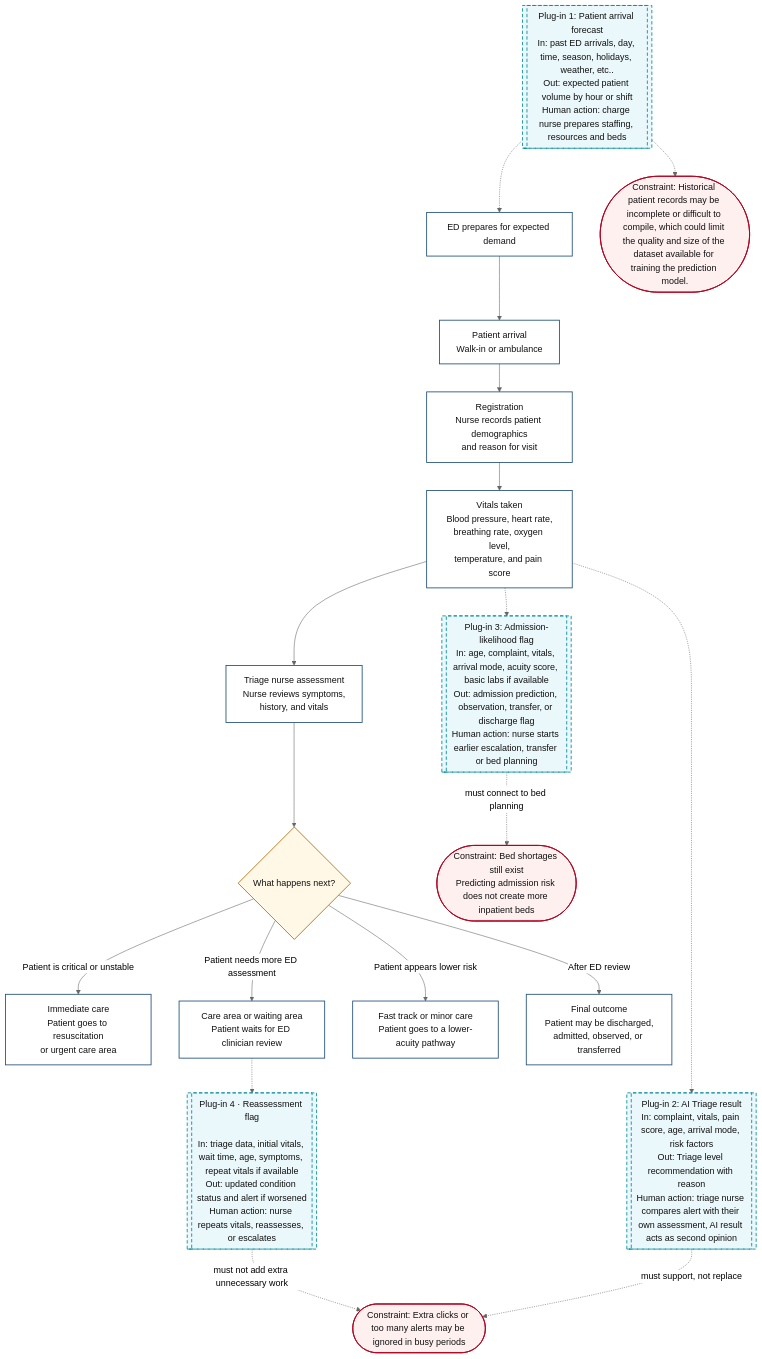
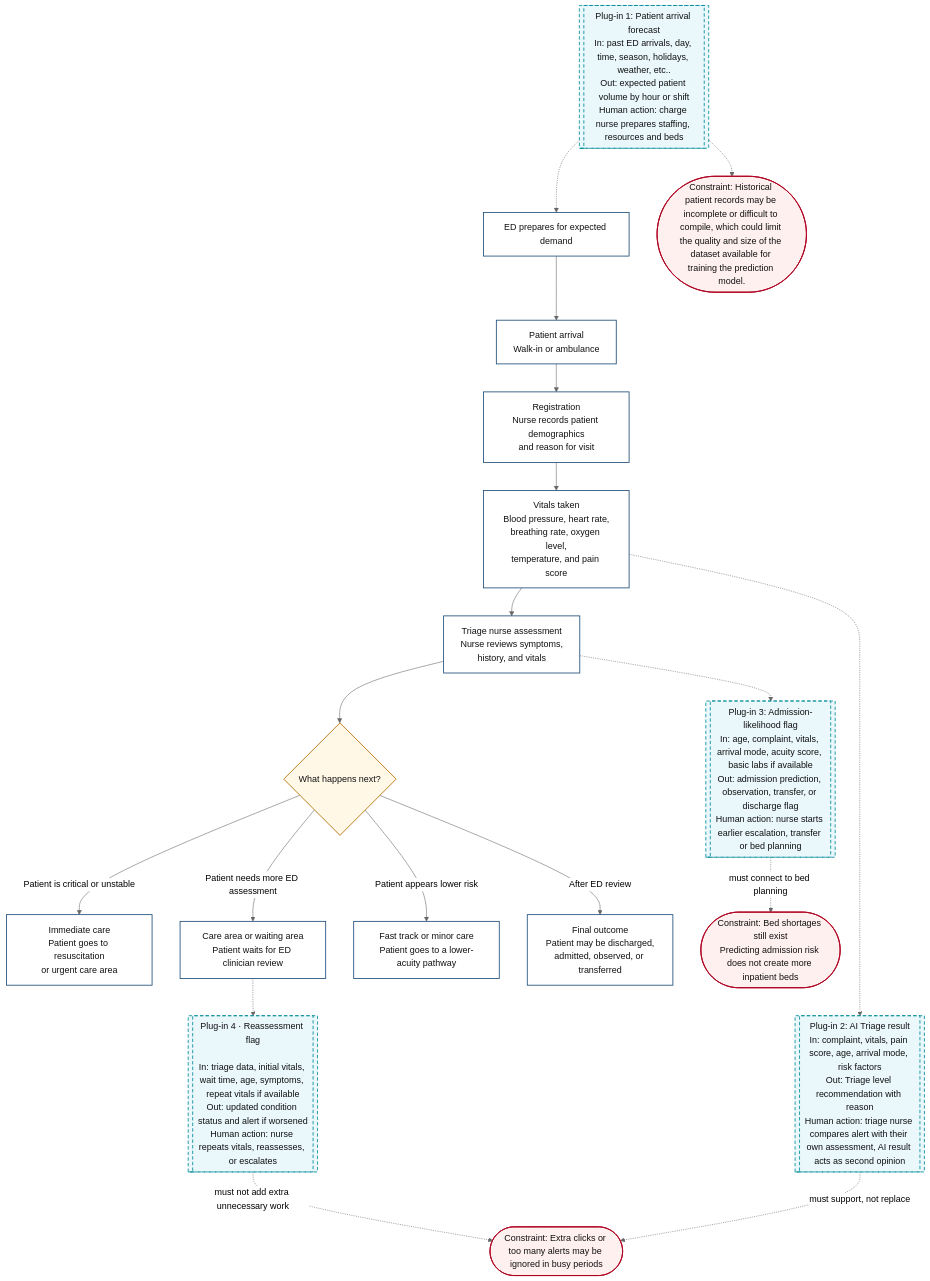
Before and after one commit to tinadams/carisurg-portfolio: the diagram in docs/week_3_workflow.md, drawn with Mermaid (neutral theme).

Commit message:
Modify workflow in week 3 documentation
Updated workflow diagram to reflect changes in constraints and dependencies.

````diff
--- a/docs/week_3_workflow.md
+++ b/docs/week_3_workflow.md
@@ -1,56 +1,56 @@
 ```mermaid
 flowchart TD
 
 A[Patient arrival<br/>Walk-in or ambulance] --> B[Registration<br/>Nurse records patient demographics<br/>and reason for visit]
 
 B --> C[Vitals taken<br/>Blood pressure, heart rate,<br/>breathing rate, oxygen level,<br/>temperature, and pain score]
 
 C --> D[Triage nurse assessment<br/>Nurse reviews symptoms,<br/>history, and vitals]
 
 D --> E{What happens next?}
 
 E -->|Patient is critical or unstable| F[Immediate care<br/>Patient goes to resuscitation<br/>or urgent care area]
 
 E -->|Patient needs more ED assessment| G[Care area or waiting area<br/>Patient waits for ED clinician review]
 
 E -->|Patient appears lower risk| H[Fast track or minor care<br/>Patient goes to a lower-acuity pathway]
 
 E -->|After ED review| I[Final outcome<br/>Patient may be discharged,<br/>admitted, observed, or transferred]
 
 AI1[[Plug-in 1: Patient arrival forecast<br/>In: past ED arrivals, day, time, season, holidays, weather, etc..<br/>Out: expected patient volume by hour or shift<br/>Human action: charge nurse prepares staffing, resources and beds]]
 
 AI2[[Plug-in 2: AI Triage result<br/>In: complaint, vitals, pain score, age, arrival mode, risk factors<br/>Out: Triage level recommendation with reason<br/>Human action: triage nurse compares alert with their own assessment, AI result acts as second opinion]]
 
 AI3[[Plug-in 3: Admission-likelihood flag<br/>In: age, complaint, vitals, arrival mode, acuity score, basic labs if available<br/>Out: admission prediction, observation, transfer, or discharge flag<br/>Human action: nurse starts earlier escalation, transfer or bed planning]]
 
 AI4[[Plug-in 4 · Reassessment flag<br/><br/>In: triage data, initial vitals, wait time, age, symptoms, repeat vitals if available<br/>Out: updated condition status and alert if worsened<br/>Human action: nurse repeats vitals, reassesses, or escalates]]
 
 PRE[ED prepares for expected demand]
 
 AI1 -.-> PRE
 PRE --> A
-C -.-> AI3
+D -.-> AI3
 C -.-> AI2
 G -.-> AI4
 
 C1([Constraint: Historical patient records may be incomplete or difficult to compile, which could limit the quality and size of the dataset available for training the prediction model.])
 
 C2([Constraint: Extra clicks or too many alerts may be ignored in busy periods])
 
 C3([Constraint: Bed shortages still exist<br/>Predicting admission risk does not create more inpatient beds])
 
 AI1 -.-> C1
 AI2 -. must support, not replace .-> C2
 AI3 -. must connect to bed planning .-> C3
 AI4 -. must not add extra unnecessary work .-> C2
 
 classDef process fill:#ffffff,stroke:#1f4e79,stroke-width:1.5px,color:#111;
 classDef decision fill:#fff8e6,stroke:#b36b00,stroke-width:1.5px,color:#111;
 classDef ai fill:#eaf7fb,stroke:#008c99,stroke-width:1.5px,stroke-dasharray: 6 4,color:#111;
 classDef constraint fill:#fff0f0,stroke:#b00020,stroke-width:1.5px,color:#111;
 
 class A,B,C,D,F,G,H,I,PRE process;
 class E decision;
 class AI1,AI2,AI3,AI4 ai;
 class C1,C2,C3 constraint;
 ```
````
